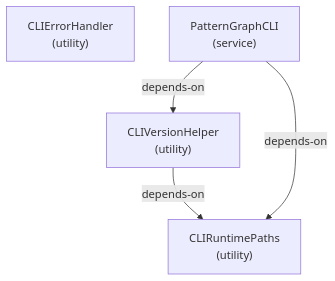
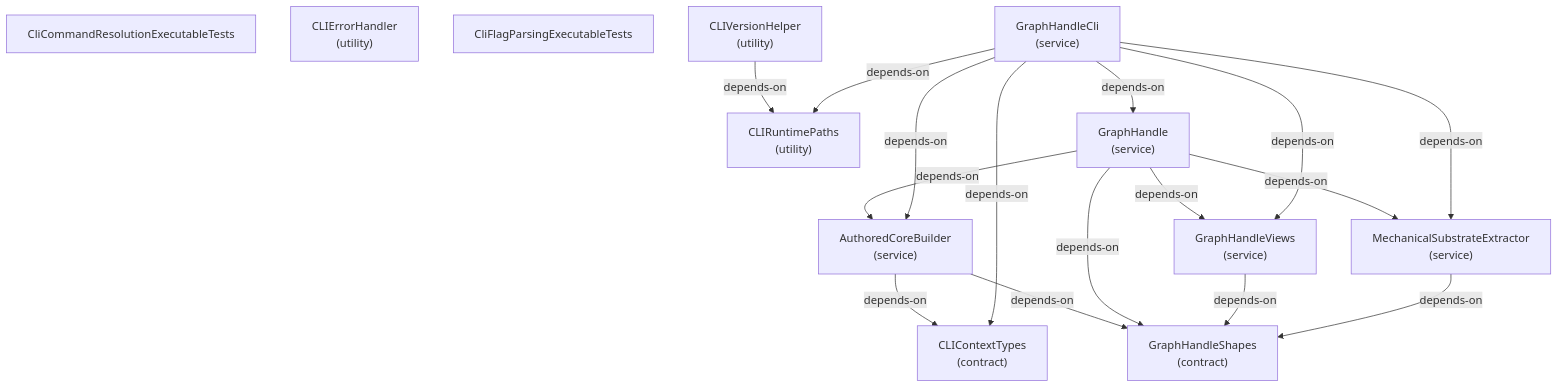
Before and after one commit to libar-dev/architect: the second of 8 diagrams in docs-live/architecture/package-seam.md, drawn with Mermaid. The commit also changed other lines of this file and 21 other files, not shown here.

First line of the commit message:
docs(live): regenerate docs-live from the reshaped graph

````diff
--- a/docs-live/architecture/package-seam.md
+++ b/docs-live/architecture/package-seam.md
@@ -40,10 +41,30 @@
 ```mermaid
 graph TD
+  authoredcorebuilder["AuthoredCoreBuilder<br/>(service)"]
+  clicommandresolutionexecutabletests["CliCommandResolutionExecutableTests"]
+  clicontexttypes["CLIContextTypes<br/>(contract)"]
   clierrorhandler["CLIErrorHandler<br/>(utility)"]
+  cliflagparsingexecutabletests["CliFlagParsingExecutableTests"]
   cliruntimepaths["CLIRuntimePaths<br/>(utility)"]
   cliversionhelper["CLIVersionHelper<br/>(utility)"]
-  patterngraphcli["PatternGraphCLI<br/>(service)"]
+  graphhandle["GraphHandle<br/>(service)"]
+  graphhandlecli["GraphHandleCli<br/>(service)"]
+  graphhandleshapes["GraphHandleShapes<br/>(contract)"]
+  graphhandleviews["GraphHandleViews<br/>(service)"]
+  mechanicalsubstrateextractor["MechanicalSubstrateExtractor<br/>(service)"]
+  authoredcorebuilder -->|depends-on| clicontexttypes
+  authoredcorebuilder -->|depends-on| graphhandleshapes
   cliversionhelper -->|depends-on| cliruntimepaths
-  patterngraphcli -->|depends-on| cliruntimepaths
-  patterngraphcli -->|depends-on| cliversionhelper
+  graphhandle -->|depends-on| authoredcorebuilder
+  graphhandle -->|depends-on| graphhandleshapes
+  graphhandle -->|depends-on| graphhandleviews
+  graphhandle -->|depends-on| mechanicalsubstrateextractor
+  graphhandlecli -->|depends-on| authoredcorebuilder
+  graphhandlecli -->|depends-on| clicontexttypes
+  graphhandlecli -->|depends-on| cliruntimepaths
+  graphhandlecli -->|depends-on| graphhandle
+  graphhandlecli -->|depends-on| graphhandleviews
+  graphhandlecli -->|depends-on| mechanicalsubstrateextractor
+  graphhandleviews -->|depends-on| graphhandleshapes
+  mechanicalsubstrateextractor -->|depends-on| graphhandleshapes
 ```
````
